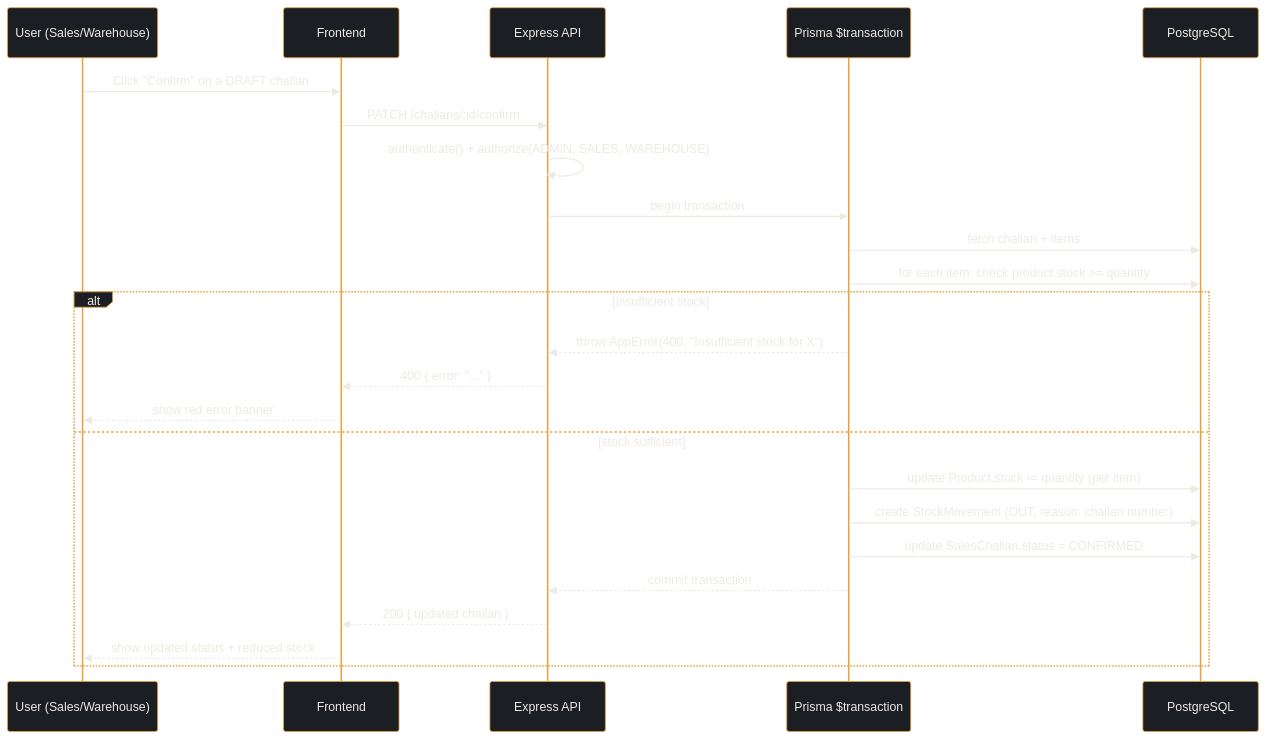
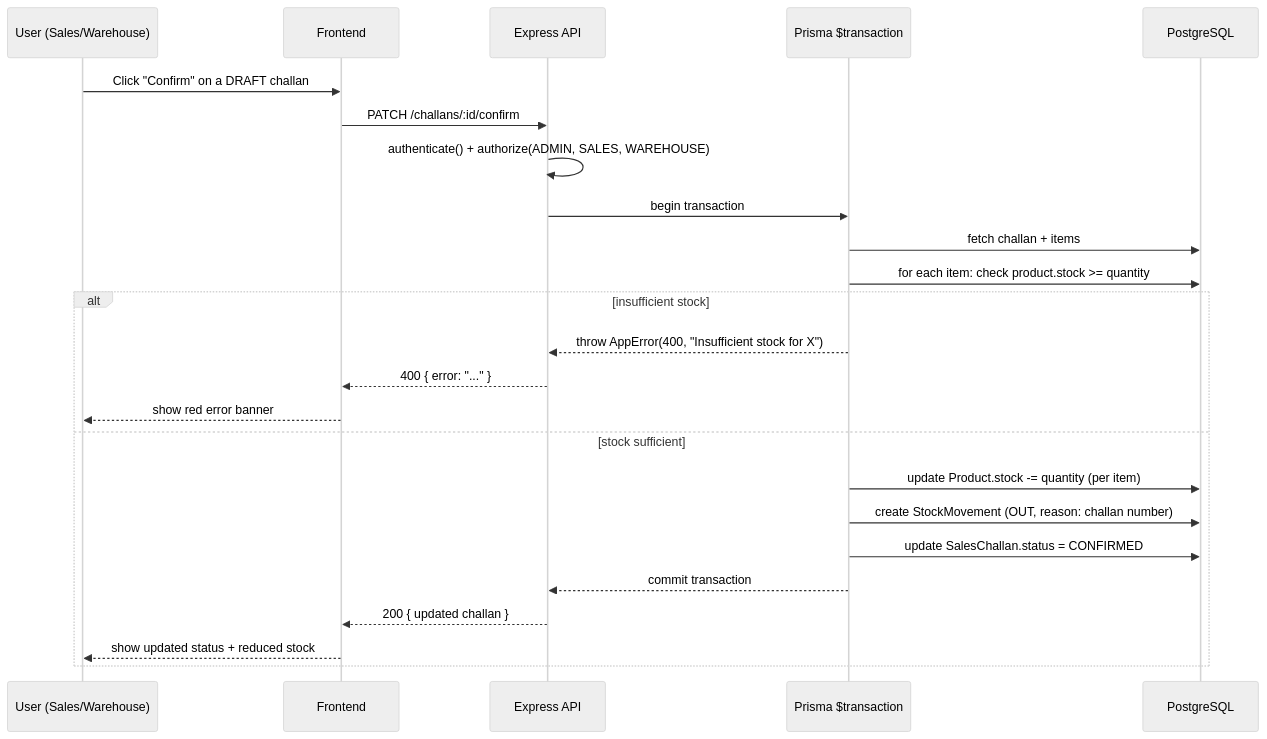
The third of 3 diagrams in README.md (pvasu9055-hash/mini-erp-crm), drawn with Mermaid before and after one commit. The commit also changed other lines of this file, not shown here.

````diff
--- a/README.md
+++ b/README.md
@@ -189,45 +191,28 @@
 ```mermaid
-%%{init: {
-  "theme": "base",
-  "themeVariables": {
-    "background": "#0F1113",
-    "primaryColor": "#1B1E23",
-    "primaryTextColor": "#EDEAE3",
-    "primaryBorderColor": "#E8A33D",
-    "lineColor": "#E8A33D",
-    "secondaryColor": "#2A2E35",
-    "tertiaryColor": "#14161A",
-    "actorBkg": "#1B1E23",
-    "actorTextColor": "#EDEAE3",
-    "actorBorder": "#E8A33D",
-    "signalColor": "#EDEAE3",
-    "signalTextColor": "#EDEAE3",
-    "fontFamily": "monospace"
-  }
-}}%%
+%%{init: {"theme": "neutral", "themeVariables": {"primaryTextColor": "#000000", "textColor": "#000000", "lineColor": "#000000", "actorTextColor": "#000000", "signalTextColor": "#000000"}}}%%
 sequenceDiagram
     participant U as User (Sales/Warehouse)
     participant F as Frontend
     participant A as Express API
     participant T as Prisma $transaction
     participant D as PostgreSQL
 
     U->>F: Click "Confirm" on a DRAFT challan
     F->>A: PATCH /challans/:id/confirm
     A->>A: authenticate() + authorize(ADMIN, SALES, WAREHOUSE)
     A->>T: begin transaction
     T->>D: fetch challan + items
     T->>D: for each item: check product.stock >= quantity
     alt insufficient stock
         T-->>A: throw AppError(400, "Insufficient stock for X")
         A-->>F: 400 { error: "..." }
         F-->>U: show red error banner
     else stock sufficient
         T->>D: update Product.stock -= quantity (per item)
         T->>D: create StockMovement (OUT, reason: challan number)
         T->>D: update SalesChallan.status = CONFIRMED
         T-->>A: commit transaction
         A-->>F: 200 { updated challan }
         F-->>U: show updated status + reduced stock
     end
 ```
````
